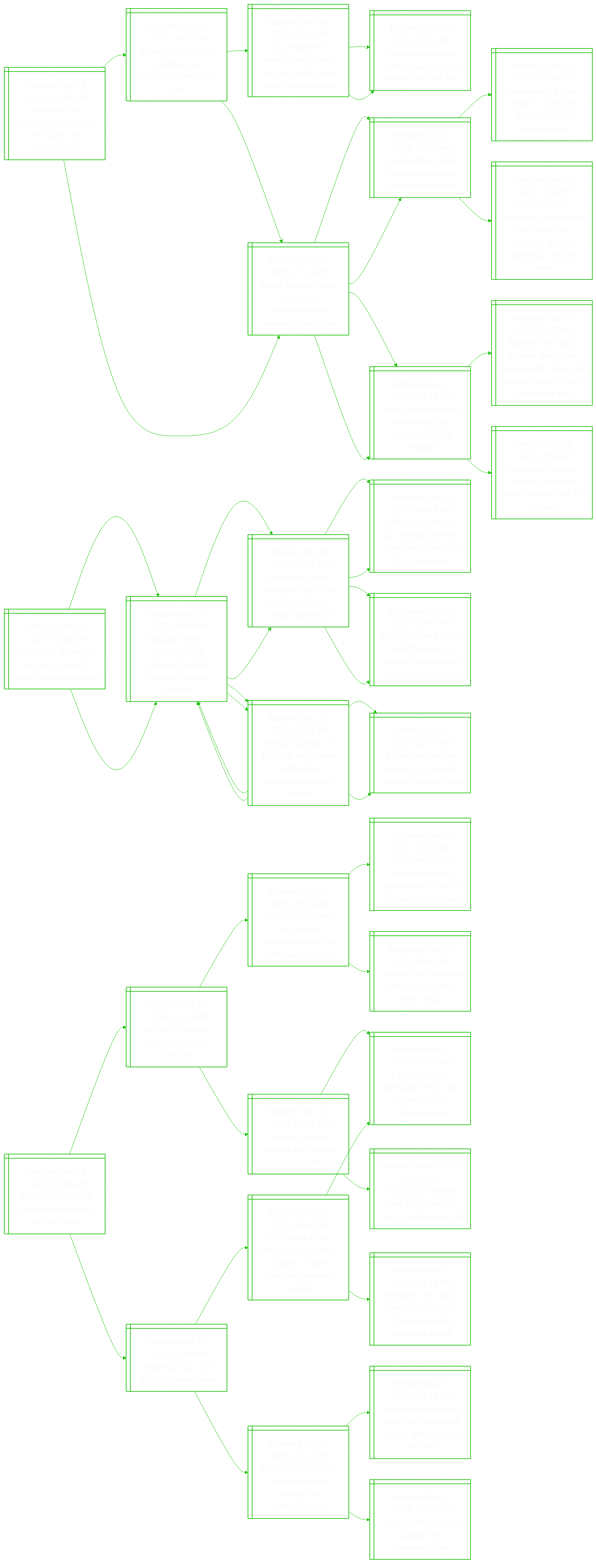
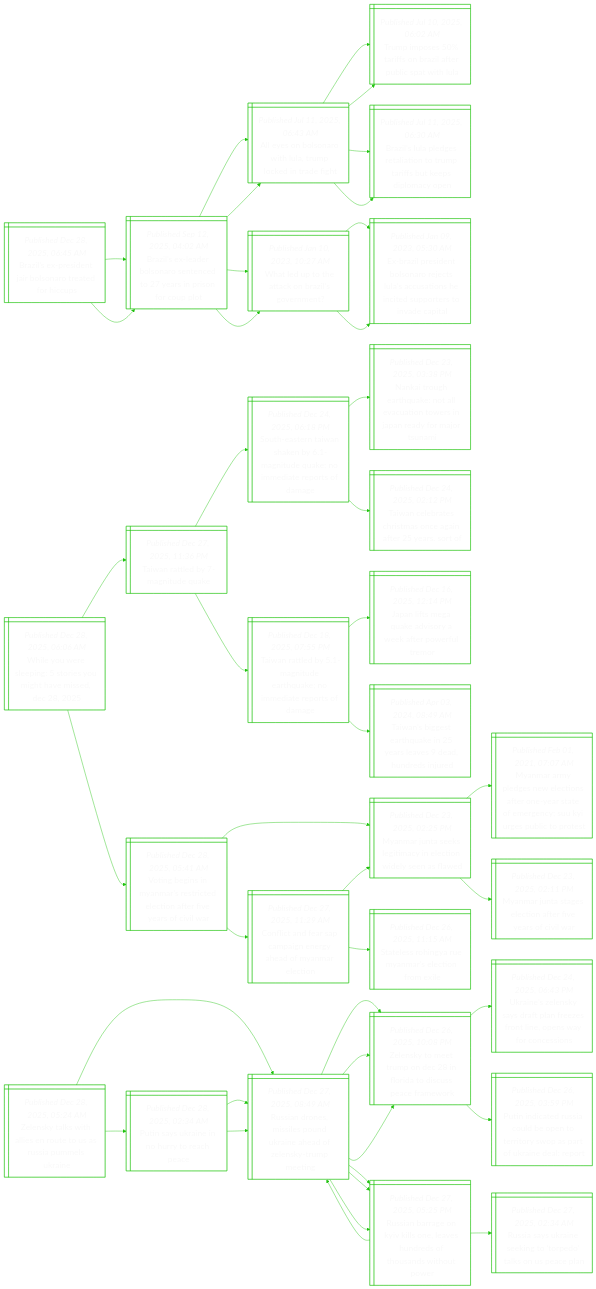
Before and after one commit to notJmes/notJmes: the diagram in README.md, drawn with Mermaid. The commit also changed other lines of this file, not shown here.

````diff
--- a/README.md
+++ b/README.md
@@ -16,54 +16,94 @@
 flowchart LR
 classDef txtsize font-size:20px;
 
-Ilsaivgenedt@{ shape: win-pane, label: "_Published Dec 28, 2025, 03:44 AM_
-Israel seals off palestinian village in west bank after deadly attack" }
-Ptnsagagela@{ shape: win-pane, label: "_Published Dec 26, 2025, 08:30 PM_
-Palestinian kills 2 in stabbing and ramming, israeli police say" }
-Sbsrcdnacaale@{ shape: win-pane, label: "_Published Oct 08, 2023, 12:45 AM_
-‘sea of bodies’ in israel, scores dead in gaza as shock hamas attack unleashes war" }
-NyeeawHakl@{ shape: win-pane, label: "_Published Oct 07, 2023, 12:04 PM_
-Netanyahu declares israel at war as hamas attacks kill over 100" }
-NyeeawHakl@{ shape: win-pane, label: "_Published Oct 07, 2023, 12:04 PM_
-Netanyahu declares israel at war as hamas attacks kill over 100" }
-Iletvlosapnen@{ shape: win-pane, label: "_Published Dec 26, 2025, 07:14 PM_
-Israeli reservist rams vehicle into palestinian man praying in west bank" }
-Ilttieeibes@{ shape: win-pane, label: "_Published Dec 26, 2025, 03:00 AM_
-Israeli settler attack injures palestinian baby, five arrested" }
-Ilsmvtauyis@{ shape: win-pane, label: "_Published Dec 24, 2025, 09:38 PM_
-Israel accuses hamas of violating gaza truce, says it will respond" }
-Iletvlosapnen@{ shape: win-pane, label: "_Published Dec 26, 2025, 07:14 PM_
-Israeli reservist rams vehicle into palestinian man praying in west bank" }
-Ilttieeibes@{ shape: win-pane, label: "_Published Dec 26, 2025, 03:00 AM_
-Israeli settler attack injures palestinian baby, five arrested" }
-Hrhotciakxais@{ shape: win-pane, label: "_Published Dec 24, 2025, 05:24 PM_
-How israel’s hilltop settlers coordinate attacks to expel palestinians" }
-Siecsyoafoenlnit@{ shape: win-pane, label: "_Published Nov 21, 2025, 12:16 PM_
-S’pore imposes sanctions, entry bans on 4 israelis for violence against palestinians in west bank" }
-Ilsmvtauyis@{ shape: win-pane, label: "_Published Dec 24, 2025, 09:38 PM_
-Israel accuses hamas of violating gaza truce, says it will respond" }
-AtHfezerydatoGel@{ shape: win-pane, label: "_Published Sep 30, 2025, 06:45 AM_
-Amnesty for hamas fighters, gaza to be governed by ‘board of peace’: details of the gaza peace plan" }
-Ilcfntutrkla@{ shape: win-pane, label: "_Published Oct 20, 2025, 06:50 AM_
-Israel says ceasefire and aid to resume after airstrikes kill 26 in gaza" }
+Blreisotru@{ shape: win-pane, label: "_Published Dec 28, 2025, 06:45 AM_
+Brazil’s ex-president jair bolsonaro treated for hiccups" }
+BleBnecyisrp@{ shape: win-pane, label: "_Published Sep 12, 2025, 04:02 AM_
+Brazil’s ex-leader bolsonaro sentenced to 27 years in prison for coup plot" }
+Aeoataperi@{ shape: win-pane, label: "_Published Jul 11, 2025, 06:43 AM_
+All eyes on bolsonaro with lula, trump locked in trade fight" }
+Tieinielah@{ shape: win-pane, label: "_Published Jul 10, 2025, 06:02 AM_
+Trump imposes 50% tariffs on brazil after public spat with lula" }
+Blagttopftsoo@{ shape: win-pane, label: "_Published Jul 11, 2025, 06:30 AM_
+Brazil’s lula pledges retaliation to trump tariffs but keeps diplomacy open" }
+Weotozom@{ shape: win-pane, label: "_Published Jan 10, 2023, 10:27 AM_
+What led up to the attack on brazil’s government?" }
+Ezensoclcietpeiet@{ shape: win-pane, label: "_Published Jan 09, 2023, 05:30 AM_
+Ex-brazil president bolsonaro rejects lula’s accusations he incited supporters to invade capital" }
+BleBnecyisrp@{ shape: win-pane, label: "_Published Sep 12, 2025, 04:02 AM_
+Brazil’s ex-leader bolsonaro sentenced to 27 years in prison for coup plot" }
+Aeoataperi@{ shape: win-pane, label: "_Published Jul 11, 2025, 06:43 AM_
+All eyes on bolsonaro with lula, trump locked in trade fight" }
+Tieinielah@{ shape: win-pane, label: "_Published Jul 10, 2025, 06:02 AM_
+Trump imposes 50% tariffs on brazil after public spat with lula" }
+Blagttopftsoo@{ shape: win-pane, label: "_Published Jul 11, 2025, 06:30 AM_
+Brazil’s lula pledges retaliation to trump tariffs but keeps diplomacy open" }
+Weotozom@{ shape: win-pane, label: "_Published Jan 10, 2023, 10:27 AM_
+What led up to the attack on brazil’s government?" }
+Ezensoclcietpeiet@{ shape: win-pane, label: "_Published Jan 09, 2023, 05:30 AM_
+Ex-brazil president bolsonaro rejects lula’s accusations he incited supporters to invade capital" }
 
-Ilsaivgenedt:::txtsize --> Ptnsagagela:::txtsize
-Ptnsagagela:::txtsize --> Sbsrcdnacaale:::txtsize
-Sbsrcdnacaale:::txtsize --> NyeeawHakl:::txtsize
-Sbsrcdnacaale:::txtsize --> NyeeawHakl:::txtsize
-Ptnsagagela:::txtsize --> Iletvlosapnen:::txtsize
-Iletvlosapnen:::txtsize --> Ilttieeibes:::txtsize
-Iletvlosapnen:::txtsize --> Ilsmvtauyis:::txtsize
-Ilsaivgenedt:::txtsize --> Iletvlosapnen:::txtsize
-Iletvlosapnen:::txtsize --> Ilttieeibes:::txtsize
-Ilttieeibes:::txtsize --> Hrhotciakxais:::txtsize
-Ilttieeibes:::txtsize --> Siecsyoafoenlnit:::txtsize
-Iletvlosapnen:::txtsize --> Ilsmvtauyis:::txtsize
-Ilsmvtauyis:::txtsize --> AtHfezerydatoGel:::txtsize
-Ilsmvtauyis:::txtsize --> Ilcfntutrkla:::txtsize
+Blreisotru:::txtsize --> BleBnecyisrp:::txtsize
+BleBnecyisrp:::txtsize --> Aeoataperi:::txtsize
+Aeoataperi:::txtsize --> Tieinielah:::txtsize
+Aeoataperi:::txtsize --> Blagttopftsoo:::txtsize
+BleBnecyisrp:::txtsize --> Weotozom:::txtsize
+Weotozom:::txtsize --> Ezensoclcietpeiet:::txtsize
+Blreisotru:::txtsize --> BleBnecyisrp:::txtsize
+BleBnecyisrp:::txtsize --> Aeoataperi:::txtsize
+Aeoataperi:::txtsize --> Tieinielah:::txtsize
+Aeoataperi:::txtsize --> Blagttopftsoo:::txtsize
+BleBnecyisrp:::txtsize --> Weotozom:::txtsize
+Weotozom:::txtsize --> Ezensoclcietpeiet:::txtsize
 
-Pskehtccnrt@{ shape: win-pane, label: "_Published Dec 28, 2025, 02:34 AM_
-Putin says ukraine in no hurry to reach peace, agencies report" }
+WYresemhiD@{ shape: win-pane, label: "_Published Dec 28, 2025, 06:06 AM_
+While you were sleeping: 5 stories you might have missed, dec 28, 2025" }
+Tnlmtu@{ shape: win-pane, label: "_Published Dec 27, 2025, 11:36 PM_
+Taiwan rattled by 7-magnitude quake" }
+Serwayiqneerde@{ shape: win-pane, label: "_Published Dec 24, 2025, 06:18 PM_
+South-eastern taiwan shaken by 6.1-magnitude quake; no immediate reports of damage" }
+Nigtkaaiwnnyasi@{ shape: win-pane, label: "_Published Dec 23, 2025, 03:38 PM_
+Nankai trough earthquake: not all evacuation towers in japan ready for major tsunami" }
+Tnbssogfeo@{ shape: win-pane, label: "_Published Dec 24, 2025, 02:12 PM_
+Taiwan celebrates christmas once again after 25 years. sort of" }
+Tnlmtauodrta@{ shape: win-pane, label: "_Published Dec 18, 2025, 07:55 PM_
+Taiwan rattled by 5.1-magnitude earthquake; no immediate reports of damage" }
+Jlmudreeetr@{ shape: win-pane, label: "_Published Dec 16, 2025, 12:14 PM_
+Japan lifts mega quake advisory a week after powerful tremor" }
+Tngaunsedrnd@{ shape: win-pane, label: "_Published Apr 03, 2024, 08:49 AM_
+Taiwan’s biggest earthquake in 25 years leaves 9 dead, hundreds injured" }
+Vgnyrtecafefl@{ shape: win-pane, label: "_Published Dec 28, 2025, 05:41 AM_
+Voting begins in myanmar’s restricted election after five years of civil war" }
+Matkicloeel@{ shape: win-pane, label: "_Published Dec 23, 2025, 02:25 PM_
+Myanmar junta seeks legitimacy in election widely seen as flawed" }
+Maygwtaoatmnurutt@{ shape: win-pane, label: "_Published Feb 01, 2021, 07:07 AM_
+Myanmar army pledges new elections after one-year state of emergency; suu kyi urges public to protest" }
+Matgenryoi@{ shape: win-pane, label: "_Published Dec 23, 2025, 02:11 PM_
+Myanmar junta stages election after five years of civil war" }
+Cidsmngayrt@{ shape: win-pane, label: "_Published Dec 27, 2025, 11:29 AM_
+Conflict and fear sap campaign energy ahead of myanmar election" }
+Matkicloeel@{ shape: win-pane, label: "_Published Dec 23, 2025, 02:25 PM_
+Myanmar junta seeks legitimacy in election widely seen as flawed" }
+SloyMaene@{ shape: win-pane, label: "_Published Dec 26, 2025, 11:15 AM_
+Stateless rohingya rue myanmar’s election from exile" }
+
+WYresemhiD:::txtsize --> Tnlmtu:::txtsize
+Tnlmtu:::txtsize --> Serwayiqneerde:::txtsize
+Serwayiqneerde:::txtsize --> Nigtkaaiwnnyasi:::txtsize
+Serwayiqneerde:::txtsize --> Tnbssogfeo:::txtsize
+Tnlmtu:::txtsize --> Tnlmtauodrta:::txtsize
+Tnlmtauodrta:::txtsize --> Jlmudreeetr:::txtsize
+Tnlmtauodrta:::txtsize --> Tngaunsedrnd:::txtsize
+WYresemhiD:::txtsize --> Vgnyrtecafefl:::txtsize
+Vgnyrtecafefl:::txtsize --> Matkicloeel:::txtsize
+Matkicloeel:::txtsize --> Maygwtaoatmnurutt:::txtsize
+Matkicloeel:::txtsize --> Matgenryoi:::txtsize
+Vgnyrtecafefl:::txtsize --> Cidsmngayrt:::txtsize
+Cidsmngayrt:::txtsize --> Matkicloeel:::txtsize
+Cidsmngayrt:::txtsize --> SloyMaene:::txtsize
+
+Zsltirtsimke@{ shape: win-pane, label: "_Published Dec 28, 2025, 05:24 AM_
+Zelensky talks with allies en route to us as russia pummels ukraine" }
 RanssdieZsue@{ shape: win-pane, label: "_Published Dec 27, 2025, 08:49 AM_
 Russian drones, missiles pound ukraine ahead of zelensky-trump meeting" }
 Zsmrnnidscmk@{ shape: win-pane, label: "_Published Dec 26, 2025, 10:08 PM_
@@ -78,80 +118,34 @@
 Russia says ukraine seeking to ‘torpedo’ talks on us peace plan" }
 RanssdieZsue@{ shape: win-pane, label: "_Published Dec 27, 2025, 08:49 AM_
 Russian drones, missiles pound ukraine ahead of zelensky-trump meeting" }
+Pskehtcc@{ shape: win-pane, label: "_Published Dec 28, 2025, 02:34 AM_
+Putin says ukraine in no hurry to reach peace" }
 RanssdieZsue@{ shape: win-pane, label: "_Published Dec 27, 2025, 08:49 AM_
 Russian drones, missiles pound ukraine ahead of zelensky-trump meeting" }
 Zsmrnnidscmk@{ shape: win-pane, label: "_Published Dec 26, 2025, 10:08 PM_
 Zelensky to meet trump on dec 28 in florida to discuss peace framework" }
-Unlydprstowren@{ shape: win-pane, label: "_Published Dec 24, 2025, 06:43 PM_
-Ukraine’s zelensky says draft plan freezes front line, opens way for concessions" }
-PiaucbnrrprkeRt@{ shape: win-pane, label: "_Published Dec 26, 2025, 03:59 PM_
-Putin indicated russia could be open to territory swop as part of ukraine deal: report" }
 Rarnkoaudhntp@{ shape: win-pane, label: "_Published Dec 27, 2025, 05:25 PM_
 Russian barrage on kyiv kills one, leaves hundreds of thousands without power" }
-RaUnkoelUcn@{ shape: win-pane, label: "_Published Dec 27, 2025, 02:34 AM_
-Russia says ukraine seeking to ‘torpedo’ talks on us peace plan" }
 RanssdieZsue@{ shape: win-pane, label: "_Published Dec 27, 2025, 08:49 AM_
 Russian drones, missiles pound ukraine ahead of zelensky-trump meeting" }
+Zsmrnnidscmk@{ shape: win-pane, label: "_Published Dec 26, 2025, 10:08 PM_
+Zelensky to meet trump on dec 28 in florida to discuss peace framework" }
+Rarnkoaudhntp@{ shape: win-pane, label: "_Published Dec 27, 2025, 05:25 PM_
+Russian barrage on kyiv kills one, leaves hundreds of thousands without power" }
 
-Pskehtccnrt:::txtsize --> RanssdieZsue:::txtsize
+Zsltirtsimke:::txtsize --> RanssdieZsue:::txtsize
 RanssdieZsue:::txtsize --> Zsmrnnidscmk:::txtsize
 Zsmrnnidscmk:::txtsize --> Unlydprstowren:::txtsize
 Zsmrnnidscmk:::txtsize --> PiaucbnrrprkeRt:::txtsize
 RanssdieZsue:::txtsize --> Rarnkoaudhntp:::txtsize
 Rarnkoaudhntp:::txtsize --> RaUnkoelUcn:::txtsize
 Rarnkoaudhntp:::txtsize --> RanssdieZsue:::txtsize
-Pskehtccnrt:::txtsize --> RanssdieZsue:::txtsize
+Zsltirtsimke:::txtsize --> Pskehtcc:::txtsize
+Pskehtcc:::txtsize --> RanssdieZsue:::txtsize
 RanssdieZsue:::txtsize --> Zsmrnnidscmk:::txtsize
-Zsmrnnidscmk:::txtsize --> Unlydprstowren:::txtsize
-Zsmrnnidscmk:::txtsize --> PiaucbnrrprkeRt:::txtsize
 RanssdieZsue:::txtsize --> Rarnkoaudhntp:::txtsize
-Rarnkoaudhntp:::txtsize --> RaUnkoelUcn:::txtsize
-Rarnkoaudhntp:::txtsize --> RanssdieZsue:::txtsize
-
-AsdrGmui@{ shape: win-pane, label: "_Published Dec 28, 2025, 02:14 AM_
-At least 15 dead, 19 injured in guatemala bus accident" }
-AslVaeou@{ shape: win-pane, label: "_Published Dec 27, 2025, 12:24 PM_
-At least 7 killed in vietnam after bus overturns" }
-dndhespphoy@{ shape: win-pane, label: "_Published Dec 27, 2025, 09:54 AM_
-2 dead, 26 injured in 67-vehicle expressway pile-up north-west of tokyo" }
-ieulnkpwlSpna@{ shape: win-pane, label: "_Published Apr 06, 2025, 10:10 AM_
-47 injured in bus collision on tokyo expressway; at least 1 singaporean on board" }
-Snswtsltio@{ shape: win-pane, label: "_Published Dec 05, 2025, 08:00 AM_
-Season’s first snowfall throws seoul into traffic chaos" }
-Ssisatstsdi@{ shape: win-pane, label: "_Published Dec 27, 2025, 02:52 PM_
-Spanish family missing after tourist boat sinks in indonesia" }
-EkdrldysdihR@{ shape: win-pane, label: "_Published Nov 15, 2025, 11:55 AM_
-Eight killed after overloaded ferry sinks in indonesia’s mahakam river" }
-digrysydil@{ shape: win-pane, label: "_Published Jul 03, 2025, 09:06 AM_
-4 dead, 30 missing after ferry sinks on way to indonesia’s bali" }
-Ieuslca@{ shape: win-pane, label: "_Published Dec 22, 2025, 11:45 AM_
-Indonesia bus crash kills 16, rescuer says" }
-ieaunushNJtmro@{ shape: win-pane, label: "_Published Dec 11, 2025, 04:50 PM_
-21 injured as car ploughs into students, teacher at north jakarta elementary school" }
-Ieraejufoiytc@{ shape: win-pane, label: "_Published Nov 12, 2025, 08:17 PM_
-Indonesia free meal scheme major cause of food poisoning, says govt official" }
-EkdrldysdihR@{ shape: win-pane, label: "_Published Nov 15, 2025, 11:55 AM_
-Eight killed after overloaded ferry sinks in indonesia’s mahakam river" }
-Fheiiiicnnsa@{ shape: win-pane, label: "_Published Nov 14, 2025, 03:21 PM_
-Five chinese tourists killed in minibus accident in indonesia’s bali" }
-Tinneennitltd@{ shape: win-pane, label: "_Published Aug 05, 2025, 09:34 PM_
-Two chinese nationals dead, one indonesian missing after bali boat accident" }
-TslbaeIeB@{ shape: win-pane, label: "_Published Mar 22, 2025, 01:50 PM_
-Tourist killed as boat capsizes off indonesia’s bali" }
-
-AsdrGmui:::txtsize --> AslVaeou:::txtsize
-AslVaeou:::txtsize --> dndhespphoy:::txtsize
-dndhespphoy:::txtsize --> ieulnkpwlSpna:::txtsize
-dndhespphoy:::txtsize --> Snswtsltio:::txtsize
-AslVaeou:::txtsize --> Ssisatstsdi:::txtsize
-Ssisatstsdi:::txtsize --> EkdrldysdihR:::txtsize
-Ssisatstsdi:::txtsize --> digrysydil:::txtsize
-AsdrGmui:::txtsize --> Ieuslca:::txtsize
-Ieuslca:::txtsize --> ieaunushNJtmro:::txtsize
-ieaunushNJtmro:::txtsize --> Ieraejufoiytc:::txtsize
-ieaunushNJtmro:::txtsize --> EkdrldysdihR:::txtsize
-Ieuslca:::txtsize --> Fheiiiicnnsa:::txtsize
-Fheiiiicnnsa:::txtsize --> Tinneennitltd:::txtsize
-Fheiiiicnnsa:::txtsize --> TslbaeIeB:::txtsize
+Pskehtcc:::txtsize --> RanssdieZsue:::txtsize
+RanssdieZsue:::txtsize --> Zsmrnnidscmk:::txtsize
+RanssdieZsue:::txtsize --> Rarnkoaudhntp:::txtsize
 
 ```
````
